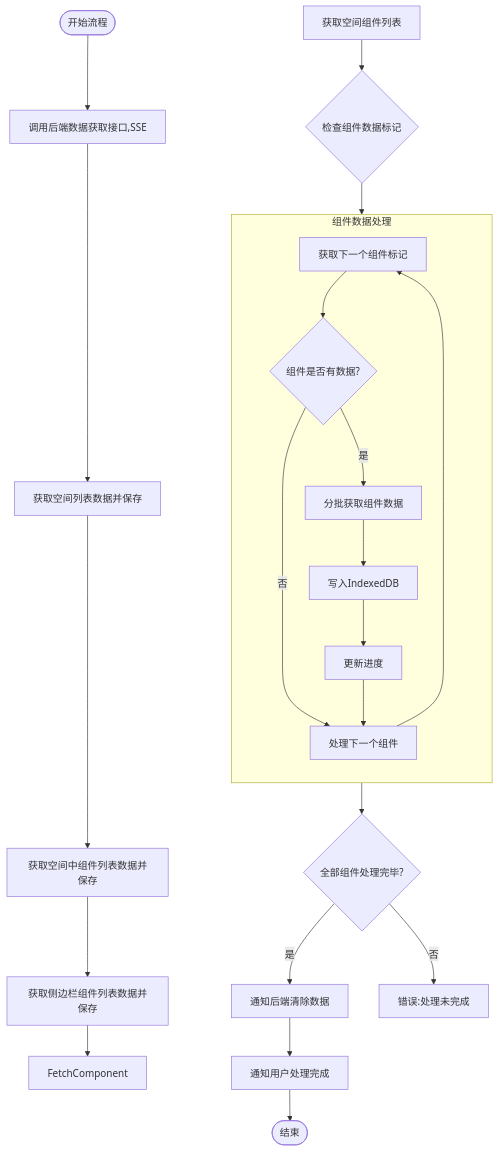
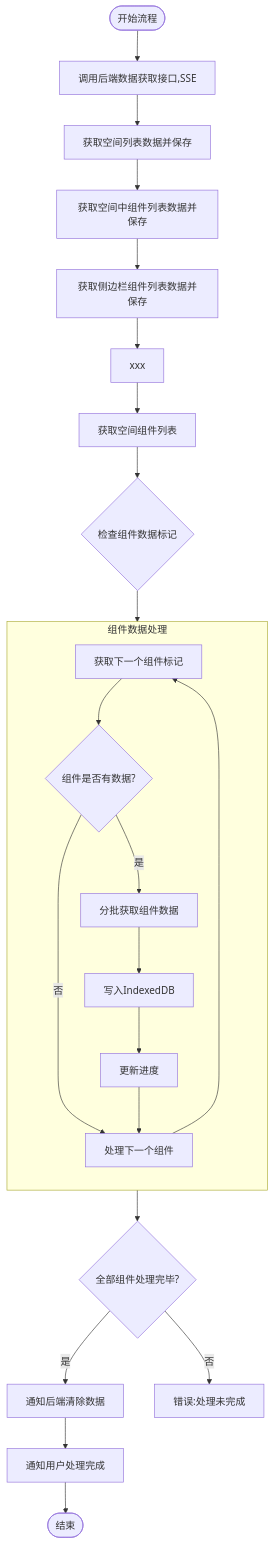
Before and after one commit to yingjianzh/iodraw-files: the diagram in all/未命名-59.md, drawn with Mermaid.

Commit message:
2025-05-14 14:53:56 update

````diff
--- a/all/未命名-59.md
+++ b/all/未命名-59.md
@@ -1,36 +1,38 @@
 ```mermaid
 
 flowchart TD
     Start([开始流程]) --> FetchData[调用后端数据获取接口,SSE]
     FetchData --> FetchSpaceData[获取空间列表数据并保存]
    
     FetchSpaceData --> FetchSpaceComponent[获取空间中组件列表数据并保存]
 
     FetchSpaceComponent --> FetchSiderComponent[获取侧边栏组件列表数据并保存]
 
-    FetchSiderComponent --> FetchComponent
+    FetchSiderComponent --> FetchComponent[xxx]
+
+    FetchComponent --> 
     
     FetchComponentList[获取空间组件列表]
     FetchComponentList --> CheckComponentData{检查组件数据标记}
     
     subgraph ComponentProcess [组件数据处理]
         direction TB
         A[获取下一个组件标记] --> B{组件是否有数据?}
         B -->|否| NextComponent[处理下一个组件]
         B -->|是| C[分批获取组件数据]
         C --> D[写入IndexedDB]
         D --> UpdateProgress[更新进度]
         UpdateProgress --> NextComponent
         NextComponent --> A
     end
     
     CheckComponentData --> ComponentProcess
     ComponentProcess --> AllComponentsProcessed{全部组件处理完毕?}
     
     AllComponentsProcessed -->|是| ClearServerData[通知后端清除数据]
     AllComponentsProcessed -->|否| Error3[错误:处理未完成]
     
     ClearServerData --> CompletionNotification[通知用户处理完成]
     CompletionNotification --> End([结束])
 
 ```
````
